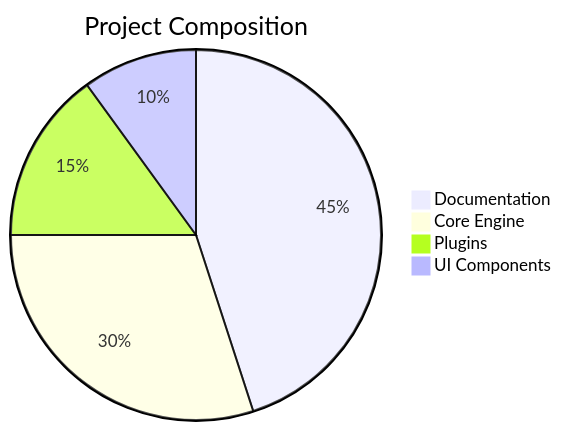
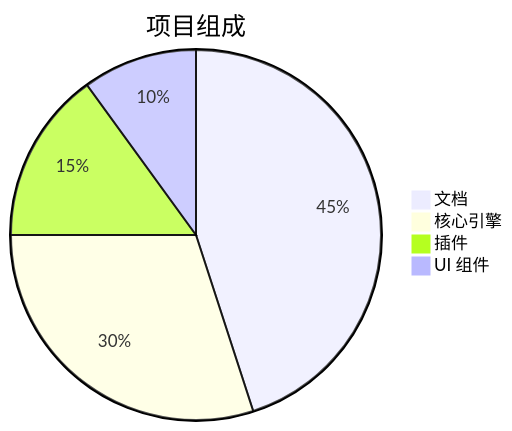
One commit to docmd-io/docs changed the second of 4 diagrams in docs/zh/plugins/mermaid.md. Above: the diagram before and after it, drawn with Mermaid. The commit also changed other lines of this file and 23 other files, not shown here.

````diff
--- a/docs/zh/plugins/mermaid.md
+++ b/docs/zh/plugins/mermaid.md
@@ -76,7 +76,7 @@
 ```mermaid
-pie title Project Composition
-    "Documentation" : 45
-    "Core Engine" : 30
-    "Plugins" : 15
-    "UI Components" : 10
+pie title 项目组成
+    "文档" : 45
+    "核心引擎" : 30
+    "插件" : 15
+    "UI 组件" : 10
 ```
````
